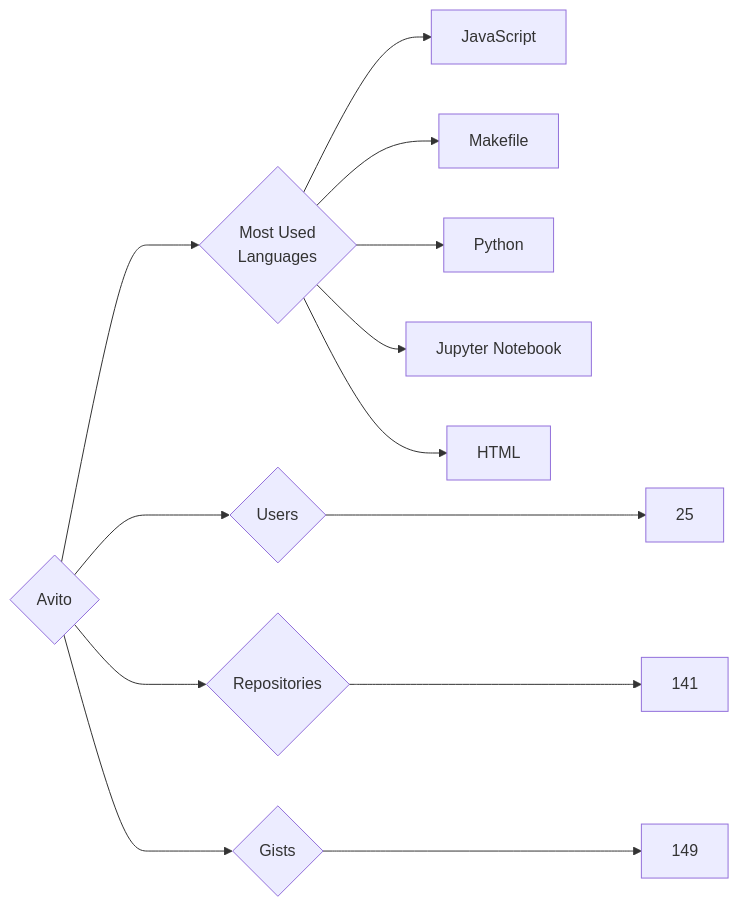
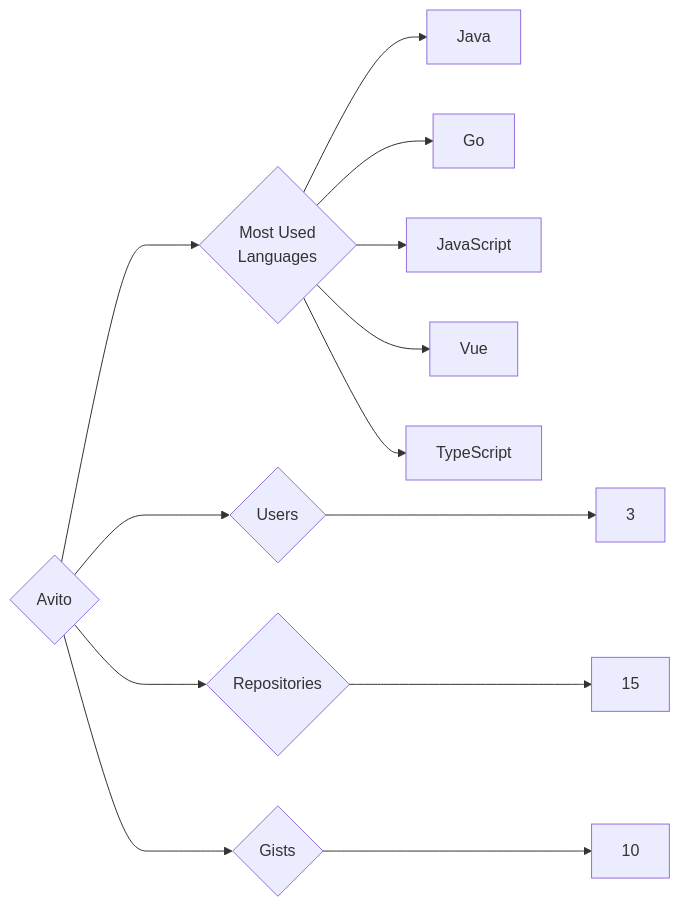
One commit to trickest/insiders changed the diagram in targets/Avito/README.md. Above: the diagram before and after it, drawn with Mermaid. The commit also changed 845 other files, not shown here.

````diff
--- a/targets/Avito/README.md
+++ b/targets/Avito/README.md
@@ -3,13 +3,13 @@
 ```mermaid
 graph LR
 COMPANY_NAME{Avito}
-COMPANY_NAME ---> U{Users} ---> UN[25]
-COMPANY_NAME ---> R{Repositories} ---> RN[141]
-COMPANY_NAME ---> G{Gists} ---> GN[149]
+COMPANY_NAME ---> U{Users} ---> UN[3]
+COMPANY_NAME ---> R{Repositories} ---> RN[15]
+COMPANY_NAME ---> G{Gists} ---> GN[10]
 COMPANY_NAME ---> ML{Most Used<br>Languages}
+ML --> Java[Java]
+ML --> Go[Go]
 ML --> JavaScript[JavaScript]
-ML --> Makefile[Makefile]
-ML --> Python[Python]
-ML --> Jupyter_Notebook[Jupyter Notebook]
-ML --> HTML[HTML]
+ML --> Vue[Vue]
+ML --> TypeScript[TypeScript]
 ```
````
